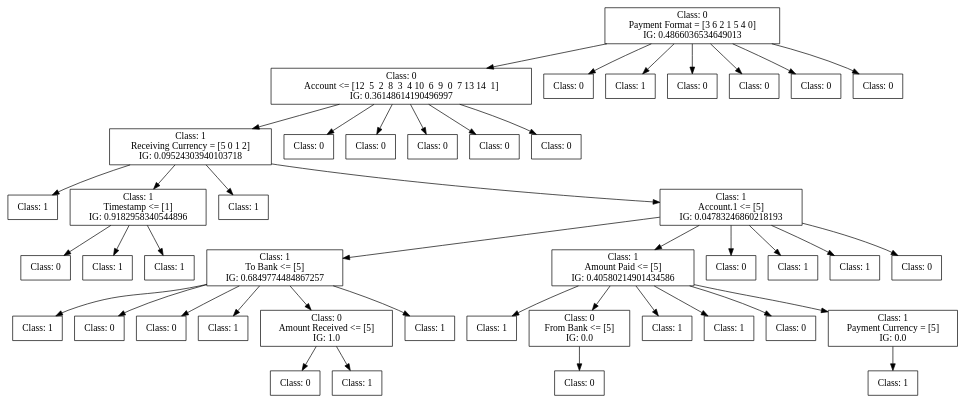
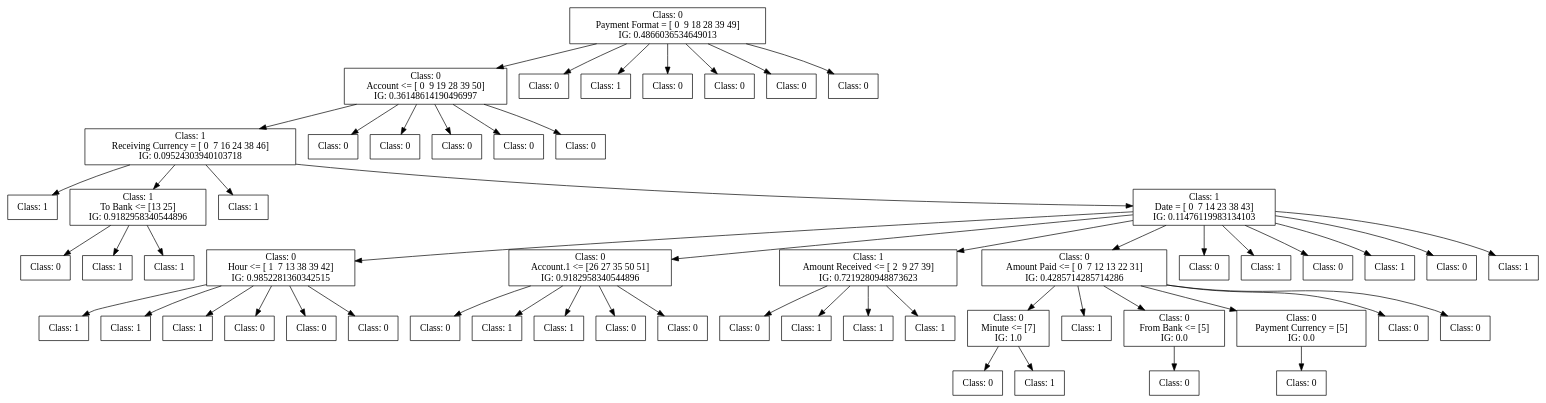
One commit to FedericoBruzzone/anti-money-laundering changed the diagram in dot_figs/tree-id3-undersampling-6.dot. Above: the diagram before and after it, drawn with Graphviz. The commit also changed 28 other files, not shown here.

```diff
--- a/dot_figs/tree-id3-undersampling-6.dot
+++ b/dot_figs/tree-id3-undersampling-6.dot
@@ -1,142 +1,183 @@
 digraph DecisionTree {
 	rankdir=TD;
 	node [shape=box];
-	2336869722592 [label="Class: 0
-Payment Format = [3 6 2 1 5 4 0]
+	1903594356544 [label="Class: 0
+Payment Format = [ 0  9 18 28 39 49]
 IG: 0.4866036534649013"];
-	2337537462560 [label="Class: 0
-Account <= [12  5  2  8  3  4 10  6  9  0  7 13 14  1]
+	1901687500336 [label="Class: 0
+Account <= [ 0  9 19 28 39 50]
 IG: 0.36148614190496997"];
-	2336869722592 -> 2337537462560;
-	2337507144800 [label="Class: 1
-Receiving Currency = [5 0 1 2]
+	1903594356544 -> 1901687500336;
+	1901687504608 [label="Class: 1
+Receiving Currency = [ 0  7 16 24 38 46]
 IG: 0.09524303940103718"];
-	2337537462560 -> 2337507144800;
-	2337540642688 [label="Class: 1
+	1901687500336 -> 1901687504608;
+	1901687502160 [label="Class: 1
 "];
-	2337507144800 -> 2337540642688;
-	2337540641968 [label="Class: 1
-Timestamp <= [1]
+	1901687504608 -> 1901687502160;
+	1901687499328 [label="Class: 1
+To Bank <= [13 25]
 IG: 0.9182958340544896"];
-	2337507144800 -> 2337540641968;
-	2337540647440 [label="Class: 0
+	1901687504608 -> 1901687499328;
+	1901687502688 [label="Class: 0
 "];
-	2337540641968 -> 2337540647440;
-	2337540647632 [label="Class: 1
+	1901687499328 -> 1901687502688;
+	1901687503840 [label="Class: 1
 "];
-	2337540641968 -> 2337540647632;
-	2337540644176 [label="Class: 1
+	1901687499328 -> 1901687503840;
+	1901687504848 [label="Class: 1
 "];
-	2337540641968 -> 2337540644176;
-	2337540642112 [label="Class: 1
+	1901687499328 -> 1901687504848;
+	1901687499904 [label="Class: 1
 "];
-	2337507144800 -> 2337540642112;
-	2337540641632 [label="Class: 1
-Account.1 <= [5]
-IG: 0.04783246860218193"];
-	2337507144800 -> 2337540641632;
-	2337540648448 [label="Class: 1
-To Bank <= [5]
-IG: 0.6849774484867257"];
-	2337540641632 -> 2337540648448;
-	2337669566992 [label="Class: 1
+	1901687504608 -> 1901687499904;
+	1901687502880 [label="Class: 1
+Date = [ 0  7 14 23 38 43]
+IG: 0.11476119983134103"];
+	1901687504608 -> 1901687502880;
+	1901687501392 [label="Class: 0
+Hour <= [ 1  7 13 38 39 42]
+IG: 0.9852281360342515"];
+	1901687502880 -> 1901687501392;
+	1903593374816 [label="Class: 1
 "];
-	2337540648448 -> 2337669566992;
-	2337669568192 [label="Class: 0
+	1901687501392 -> 1903593374816;
+	1903593376160 [label="Class: 1
 "];
-	2337540648448 -> 2337669568192;
-	2337669563296 [label="Class: 0
+	1901687501392 -> 1903593376160;
+	1903593375536 [label="Class: 1
 "];
-	2337540648448 -> 2337669563296;
-	2337669567808 [label="Class: 1
+	1901687501392 -> 1903593375536;
+	1903593375152 [label="Class: 0
 "];
-	2337540648448 -> 2337669567808;
-	2337669567280 [label="Class: 0
-Amount Received <= [5]
+	1901687501392 -> 1903593375152;
+	1903593374912 [label="Class: 0
+"];
+	1901687501392 -> 1903593374912;
+	1903593374384 [label="Class: 0
+"];
+	1901687501392 -> 1903593374384;
+	1901687504080 [label="Class: 0
+Account.1 <= [26 27 35 50 51]
+IG: 0.9182958340544896"];
+	1901687502880 -> 1901687504080;
+	1901687489440 [label="Class: 0
+"];
+	1901687504080 -> 1901687489440;
+	1903593376832 [label="Class: 1
+"];
+	1901687504080 -> 1903593376832;
+	1903593373808 [label="Class: 1
+"];
+	1901687504080 -> 1903593373808;
+	1903593375200 [label="Class: 0
+"];
+	1901687504080 -> 1903593375200;
+	1903593374480 [label="Class: 0
+"];
+	1901687504080 -> 1903593374480;
+	1901687502976 [label="Class: 1
+Amount Received <= [ 2  9 27 39]
+IG: 0.7219280948873623"];
+	1901687502880 -> 1901687502976;
+	1903593378176 [label="Class: 0
+"];
+	1901687502976 -> 1903593378176;
+	1903593377600 [label="Class: 1
+"];
+	1901687502976 -> 1903593377600;
+	1903593376880 [label="Class: 1
+"];
+	1901687502976 -> 1903593376880;
+	1903593376448 [label="Class: 1
+"];
+	1901687502976 -> 1903593376448;
+	1901687502832 [label="Class: 0
+Amount Paid <= [ 0  7 12 13 22 31]
+IG: 0.4285714285714286"];
+	1901687502880 -> 1901687502832;
+	1903593375584 [label="Class: 0
+Minute <= [7]
 IG: 1.0"];
-	2337540648448 -> 2337669567280;
-	2337669571216 [label="Class: 0
+	1901687502832 -> 1903593375584;
+	1903593379424 [label="Class: 0
 "];
-	2337669567280 -> 2337669571216;
-	2337669571648 [label="Class: 1
+	1903593375584 -> 1903593379424;
+	1903593379856 [label="Class: 1
 "];
-	2337669567280 -> 2337669571648;
-	2337669565216 [label="Class: 1
+	1903593375584 -> 1903593379856;
+	1903593378656 [label="Class: 1
 "];
-	2337540648448 -> 2337669565216;
-	2337540651568 [label="Class: 1
-Amount Paid <= [5]
-IG: 0.40580214901434586"];
-	2337540641632 -> 2337540651568;
-	2337669563152 [label="Class: 1
-"];
-	2337540651568 -> 2337669563152;
-	2337669574048 [label="Class: 0
+	1901687502832 -> 1903593378656;
+	1903593378320 [label="Class: 0
 From Bank <= [5]
 IG: 0.0"];
-	2337540651568 -> 2337669574048;
-	2337669576016 [label="Class: 0
+	1901687502832 -> 1903593378320;
+	1903593380096 [label="Class: 0
 "];
-	2337669574048 -> 2337669576016;
-	2337669568240 [label="Class: 1
-"];
-	2337540651568 -> 2337669568240;
-	2337669573664 [label="Class: 1
-"];
-	2337540651568 -> 2337669573664;
-	2337669571072 [label="Class: 0
-"];
-	2337540651568 -> 2337669571072;
-	2337669572656 [label="Class: 1
+	1903593378320 -> 1903593380096;
+	1903593374672 [label="Class: 0
 Payment Currency = [5]
 IG: 0.0"];
-	2337540651568 -> 2337669572656;
-	2337669576688 [label="Class: 1
+	1901687502832 -> 1903593374672;
+	1903593379568 [label="Class: 0
 "];
-	2337669572656 -> 2337669576688;
-	2337540643360 [label="Class: 0
+	1903593374672 -> 1903593379568;
+	1903593373952 [label="Class: 0
 "];
-	2337540641632 -> 2337540643360;
-	2337540652912 [label="Class: 1
+	1901687502832 -> 1903593373952;
+	1903593377456 [label="Class: 0
 "];
-	2337540641632 -> 2337540652912;
-	2337540646288 [label="Class: 1
+	1901687502832 -> 1903593377456;
+	1901687497696 [label="Class: 0
 "];
-	2337540641632 -> 2337540646288;
-	2337540652720 [label="Class: 0
+	1901687502880 -> 1901687497696;
+	1901687501632 [label="Class: 1
 "];
-	2337540641632 -> 2337540652720;
-	2337507145136 [label="Class: 0
+	1901687502880 -> 1901687501632;
+	1901687503168 [label="Class: 0
 "];
-	2337537462560 -> 2337507145136;
-	2337507144944 [label="Class: 0
+	1901687502880 -> 1901687503168;
+	1901687503744 [label="Class: 1
 "];
-	2337537462560 -> 2337507144944;
-	2337507144464 [label="Class: 0
+	1901687502880 -> 1901687503744;
+	1901687492176 [label="Class: 0
 "];
-	2337537462560 -> 2337507144464;
-	2337507144848 [label="Class: 0
+	1901687502880 -> 1901687492176;
+	1901687491648 [label="Class: 1
 "];
-	2337537462560 -> 2337507144848;
-	2337507142496 [label="Class: 0
+	1901687502880 -> 1901687491648;
+	1901687504560 [label="Class: 0
 "];
-	2337537462560 -> 2337507142496;
-	2337537461888 [label="Class: 0
+	1901687500336 -> 1901687504560;
+	1901687504416 [label="Class: 0
 "];
-	2336869722592 -> 2337537461888;
-	2337537472640 [label="Class: 1
+	1901687500336 -> 1901687504416;
+	1901687504176 [label="Class: 0
 "];
-	2336869722592 -> 2337537472640;
-	2337537458624 [label="Class: 0
+	1901687500336 -> 1901687504176;
+	1901687498032 [label="Class: 0
 "];
-	2336869722592 -> 2337537458624;
-	2337537473888 [label="Class: 0
+	1901687500336 -> 1901687498032;
+	1901687503696 [label="Class: 0
 "];
-	2336869722592 -> 2337537473888;
-	2337537462320 [label="Class: 0
+	1901687500336 -> 1901687503696;
+	1901687497312 [label="Class: 0
 "];
-	2336869722592 -> 2337537462320;
-	2337537468128 [label="Class: 0
+	1903594356544 -> 1901687497312;
+	1901687502208 [label="Class: 1
 "];
-	2336869722592 -> 2337537468128;
+	1903594356544 -> 1901687502208;
+	1901687503024 [label="Class: 0
+"];
+	1903594356544 -> 1901687503024;
+	1901687495728 [label="Class: 0
+"];
+	1903594356544 -> 1901687495728;
+	1901687503600 [label="Class: 0
+"];
+	1903594356544 -> 1901687503600;
+	1901687499568 [label="Class: 0
+"];
+	1903594356544 -> 1901687499568;
 }
```
